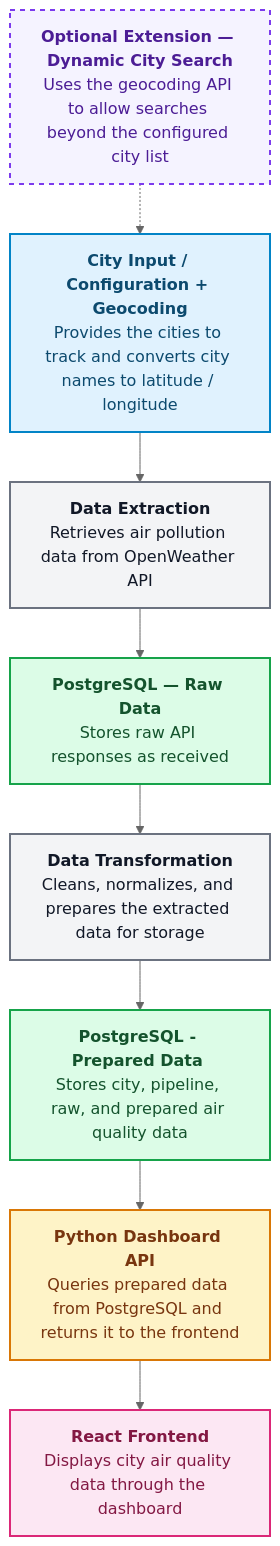
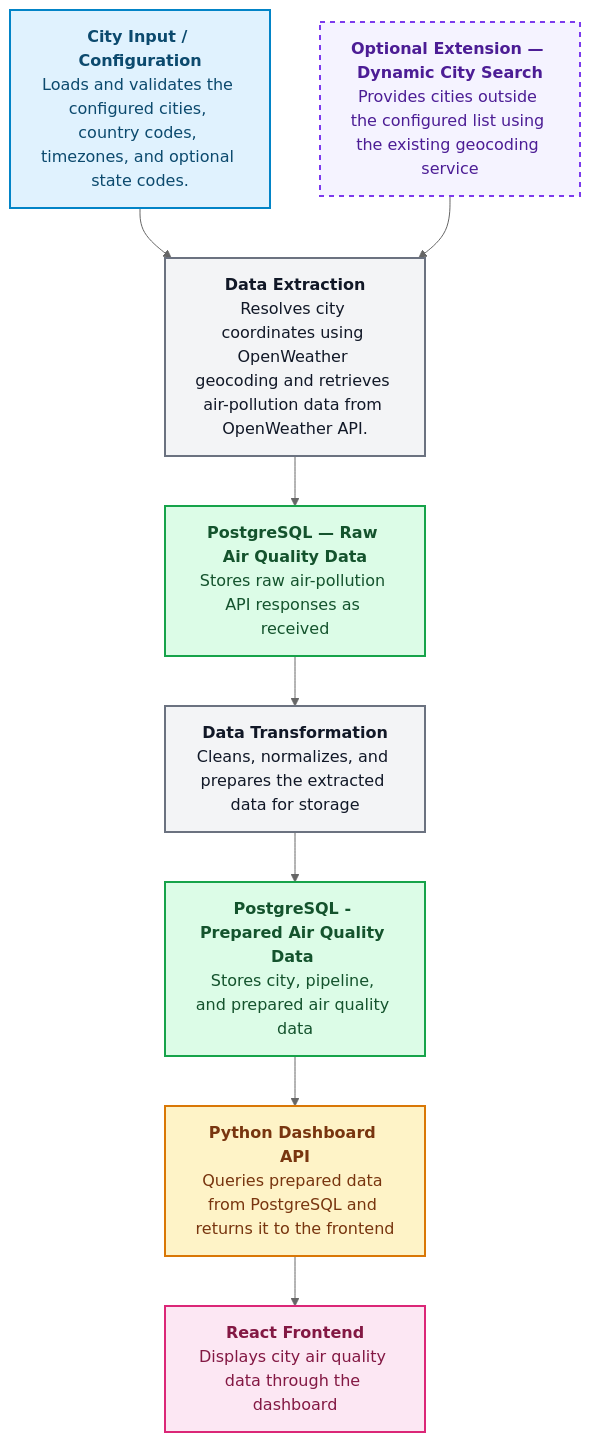
The diagram in docs/architecture/architecture.md (Code-the-Dream-School/summer-26-py-practicum-team3), drawn with Mermaid (neutral theme) before and after one commit.

Commit message:
addressed the ambiguity in the model of where geocoding occurs and where the raw data is stored

````diff
--- a/docs/architecture/architecture.md
+++ b/docs/architecture/architecture.md
@@ -29,41 +29,40 @@
 ```mermaid
 flowchart TD
-	A["<b>City Input / Configuration + Geocoding</b><br/>Provides the cities to track and converts city names to latitude / longitude"]
+	A["<b>City Input / Configuration</b><br/>Loads and validates the configured cities, country codes, timezones, and optional state codes."]
 
-	B["<b>Data Extraction</b><br/>Retrieves air pollution data from OpenWeather API"]
+	B["<b>Data Extraction</b><br/>Resolves city coordinates using OpenWeather geocoding and retrieves air-pollution data from OpenWeather API."]
 
-	C["<b>PostgreSQL — Raw Data</b><br/>Stores raw API responses as received"]
+	C["<b>PostgreSQL — Raw Air Quality Data</b><br/>Stores raw air-pollution API responses as received"]
 
 	D["<b>Data Transformation</b><br/>Cleans, normalizes, and prepares the extracted data for storage"]
 
-	E["<b>PostgreSQL - Prepared Data </b><br/>Stores city, pipeline, raw, and prepared air quality data"]
+	E["<b>PostgreSQL - Prepared Air Quality Data </b><br/>Stores city, pipeline, and prepared air quality data"]
 
 	F["<b>Python Dashboard API</b><br/>Queries prepared data from PostgreSQL and returns it to the frontend"]
 
 	G["<b>React Frontend</b><br/>Displays city air quality data through the dashboard"]
 
-    H["<b>Optional Extension — Dynamic City Search</b><br/>Uses the geocoding API to allow searches beyond the configured city list"]
+    H["<b>Optional Extension — Dynamic City Search</b><br/>Provides cities outside the configured list using the existing geocoding service"]
 
 A --> B
+H --> B
 B --> C
 C --> D
 D --> E
 E --> F
 F --> G
-
-H -.-> A
 
 classDef input fill:#e0f2fe,stroke:#0284c7,stroke-width:2px,color:#0c4a6e
 classDef process fill:#f3f4f6,stroke:#6b7280,stroke-width:2px,color:#111827
 classDef database fill:#dcfce7,stroke:#16a34a,stroke-width:2px,color:#14532d
 classDef api fill:#fef3c7,stroke:#d97706,stroke-width:2px,color:#78350f
 classDef frontend fill:#fce7f3,stroke:#db2777,stroke-width:2px,color:#831843
 classDef optional fill:#f5f3ff,stroke:#7c3aed,stroke-width:2px,stroke-dasharray:5 5,color:#4c1d95
 
 class A input
 class B,D process
 class C,E database
 class F api
 class G frontend
 class H optional
 ```
````
